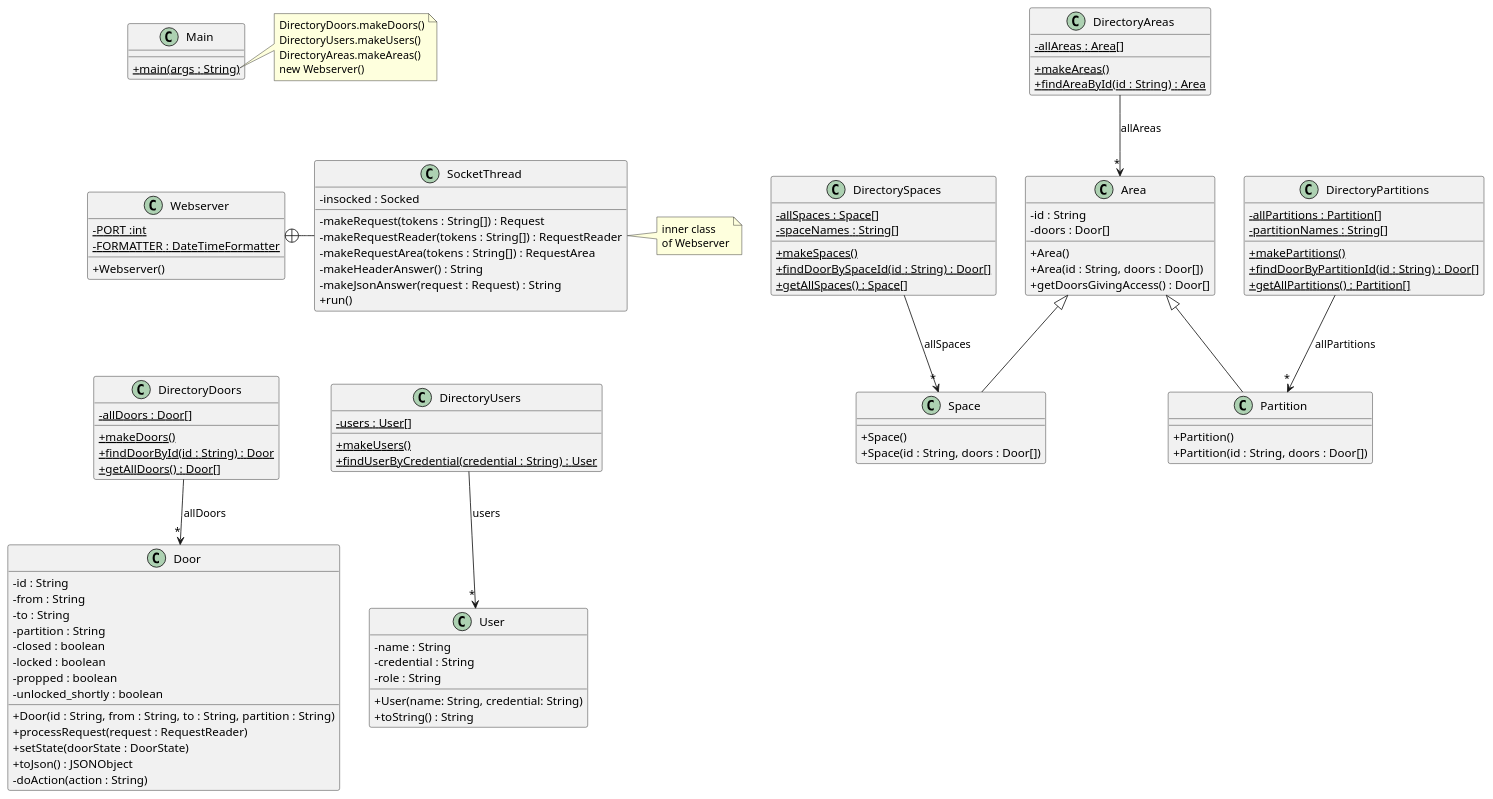
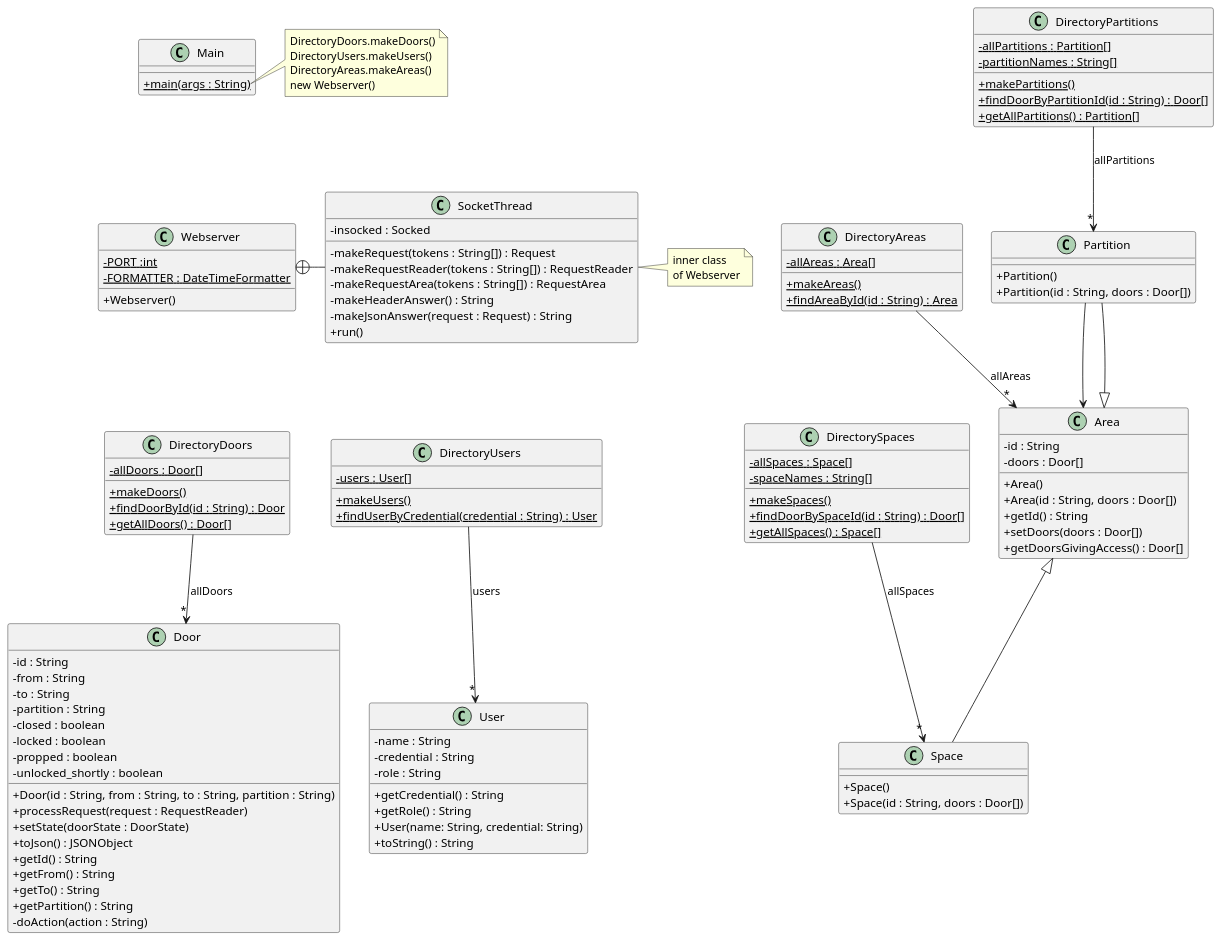
The diagram in src/baseNoStates/uml/base_no_states.puml (davidal15/Projecte-DS), drawn with PlantUML before and after one commit. The commit also changed 1 other file, not shown here.

```diff
--- a/src/baseNoStates/uml/base_no_states.puml
+++ b/src/baseNoStates/uml/base_no_states.puml
@@ -1,139 +1,149 @@
 @startuml
 'https://plantuml.com/class-diagram
 skinparam classAttributeIconSize 0
 
 class Webserver {
 - {static} PORT :int
 - {static} FORMATTER : DateTimeFormatter
 + Webserver()
 }
 
 class SocketThread {
 - insocked : Socked
 - makeRequest(tokens : String[]) : Request
 - makeRequestReader(tokens : String[]) : RequestReader
 - makeRequestArea(tokens : String[]) : RequestArea
 - makeHeaderAnswer() : String
 - makeJsonAnswer(request : Request) : String
 + run()
 }
 
 Webserver +-right- SocketThread
 
 note right of SocketThread
 inner class
 of Webserver
 end note
 
 class DirectoryDoors {
 - {static} allDoors : Door[]
 + {static} makeDoors()
 + {static} findDoorById(id : String) : Door
 + {static} getAllDoors() : Door[]
 }
 
 DirectoryDoors --> "*" Door : "allDoors"
+Partition --> Area
 
 class DirectoryUsers {
 - {static} users : User[]
 + {static} makeUsers()
 + {static} findUserByCredential(credential : String) : User
 }
 
 DirectoryUsers --> "*" User : "users"
 
 class DirectorySpaces {
 -{static} allSpaces : Space[]
 -{static} spaceNames : String[]
 +{static} makeSpaces()
 +{static} findDoorBySpaceId(id : String) : Door[]
 +{static} getAllSpaces() : Space[]
 }
 
 DirectorySpaces --> "*" Space : "allSpaces"
 
 class DirectoryPartitions {
 -{static} allPartitions : Partition[]
 -{static} partitionNames : String[]
 +{static} makePartitions()
 +{static} findDoorByPartitionId(id : String) : Door[]
 +{static} getAllPartitions() : Partition[]
 }
 
 DirectoryPartitions --> "*" Partition : "allPartitions"
 
 class DirectoryAreas {
 - {static} allAreas : Area[]
 + {static} makeAreas()
 + {static} findAreaById(id : String) : Area
 
+
 }
 
 DirectoryAreas --> "*" Area : "allAreas"
 
 
 class Door {
 - id : String
 - from : String
 - to : String
 - partition : String
 - closed : boolean
 - locked : boolean
 - propped : boolean
 - unlocked_shortly : boolean
 + Door(id : String, from : String, to : String, partition : String)
 + processRequest(request : RequestReader)
 + setState(doorState : DoorState)
 + toJson() : JSONObject
++ getId() : String
++ getFrom() : String
++ getTo() : String
++ getPartition() : String
 '+ toString() : String
 '+ isClosed() :boolean
 '+ setClosed(b : boolean)
 '+ getStateName() : String
 - doAction(action : String)
 }
 
 
 class User {
 - name : String
 - credential : String
 - role : String
++ getCredential() : String
++ getRole() : String
 + User(name: String, credential: String)
 + toString() : String
 }
 
 class Space {
 + Space()
 + Space(id : String, doors : Door[])
 }
 
 class Partition {
 + Partition()
 + Partition(id : String, doors : Door[])
 }
 
 class Area {
 - id : String
 - doors : Door[]
 + Area()
 + Area(id : String, doors : Door[])
++ getId() : String
++ setDoors(doors : Door[])
 + getDoorsGivingAccess() : Door[]
 }
 
 Area <|-- Space
 Area <|-- Partition
 
 class Main {
 + {static} main(args : String)
 }
 
 note right of Main::main
 DirectoryDoors.makeDoors()
 DirectoryUsers.makeUsers()
 DirectoryAreas.makeAreas()
 new Webserver()
 end note
 
 Main -[hidden]down- Webserver
 Webserver -[hidden]down- DirectoryDoors
 DirectoryDoors -[hidden]right- DirectoryUsers
 @enduml
```
